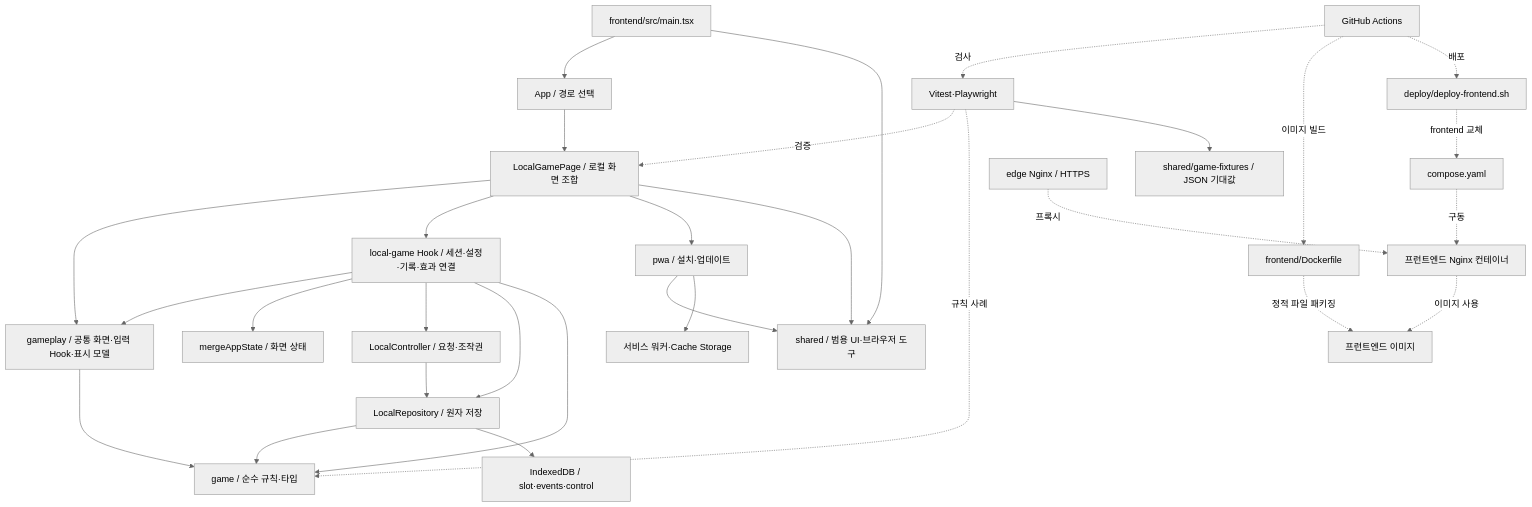
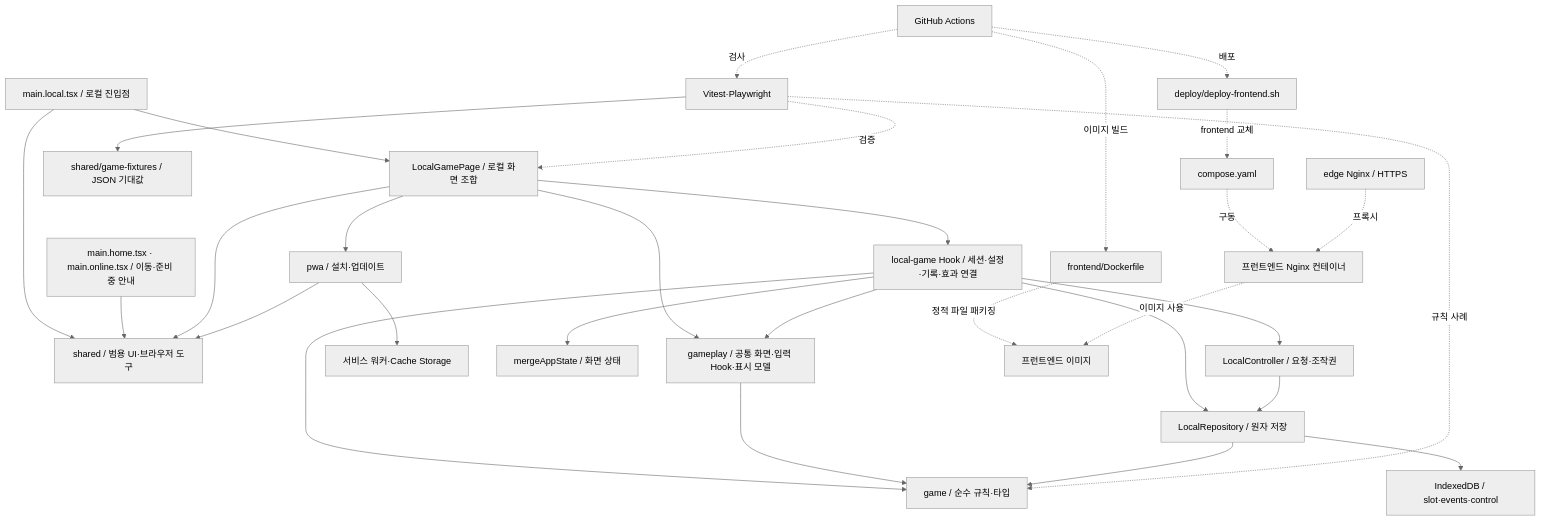
The diagram in ARCHITECTURE.md (mannal2/poker-chip-manager), drawn with Mermaid (neutral theme) before and after one commit. The commit also changed other lines of this file and 14 other files, not shown here.

First line of the commit message:
build: give each HTML page its own entry and cache only local files

````diff
--- a/ARCHITECTURE.md
+++ b/ARCHITECTURE.md
@@ -15,32 +15,32 @@
 ```mermaid
 flowchart TD
-  Main["frontend/src/main.tsx"] --> App["App / 경로 선택"]
+  Main["main.local.tsx / 로컬 진입점"] --> Page["LocalGamePage / 로컬 화면 조합"]
   Main --> Shared["shared / 범용 UI·브라우저 도구"]
-  App --> Page["LocalGamePage / 로컬 화면 조합"]
+  Other["main.home.tsx · main.online.tsx / 이동·준비 중 안내"] --> Shared
   Page --> UI["gameplay / 공통 화면·입력 Hook·표시 모델"]
   Page --> Local["local-game Hook / 세션·설정·기록·효과 연결"]
   Page --> PWA["pwa / 설치·업데이트"]
   Page --> Shared
   PWA --> Shared
   PWA --> SW["서비스 워커·Cache Storage"]
   Local --> UI
   Local --> State["mergeAppState / 화면 상태"]
   Local --> Controller["LocalController / 요청·조작권"]
   Local --> Repo["LocalRepository / 원자 저장"]
   Local --> Rules["game / 순수 규칙·타입"]
   UI --> Rules
   Controller --> Repo
   Repo --> Rules
   Repo --> DB["IndexedDB / slot·events·control"]
   Tests["Vitest·Playwright"] -. 검증 .-> Page
   Tests -. 규칙 사례 .-> Rules
   Tests --> Fixtures["shared/game-fixtures / JSON 기대값"]
   CI["GitHub Actions"] -. 검사 .-> Tests
   CI -. 이미지 빌드 .-> Docker["frontend/Dockerfile"]
   CI -. 배포 .-> Deploy["deploy/deploy-frontend.sh"]
   Deploy -. frontend 교체 .-> Compose["compose.yaml"]
   Docker -. 정적 파일 패키징 .-> Image["프런트엔드 이미지"]
   Compose -. 구동 .-> Server["프런트엔드 Nginx 컨테이너"]
   Server -. 이미지 사용 .-> Image
   Edge["edge Nginx / HTTPS"] -. 프록시 .-> Server
 ```
````
